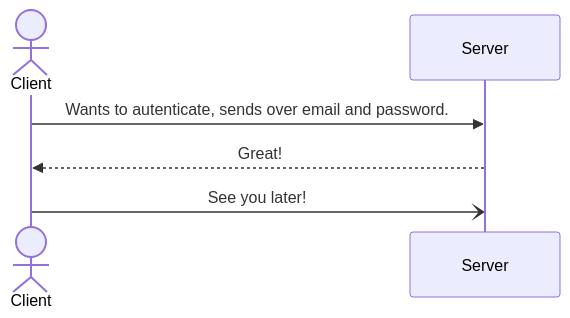
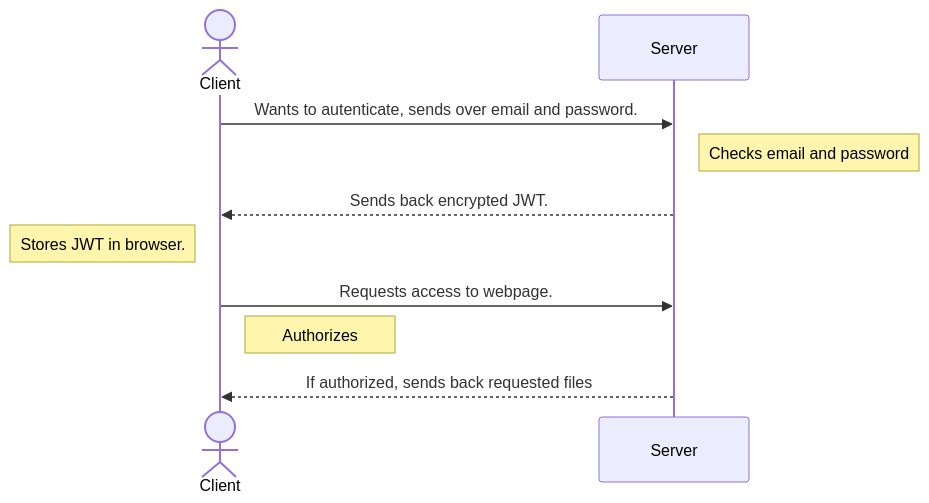
One commit to nillali/gitlek changed the fourth of 4 diagrams in README.md. Above: the diagram before and after it, drawn with Mermaid.

Commit message:
Updated the diagram with the right information and added notes

````diff
--- a/README.md
+++ b/README.md
@@ -91,7 +91,11 @@
 ```mermaid
 sequenceDiagram
     actor Client
     Client->>Server: Wants to autenticate, sends over email and password.
-    Server-->>Client: Great!
-    Client-)Server: See you later!
+    Note right of Server: Checks email and password
+    Server-->>Client: Sends back encrypted JWT.
+    Note left of Client: Stores JWT in browser.
+    Client->>Server: Requests access to webpage.
+    Note right of Client: Authorizes
+    Server-->>Client: If authorized, sends back requested files
 ```
````
